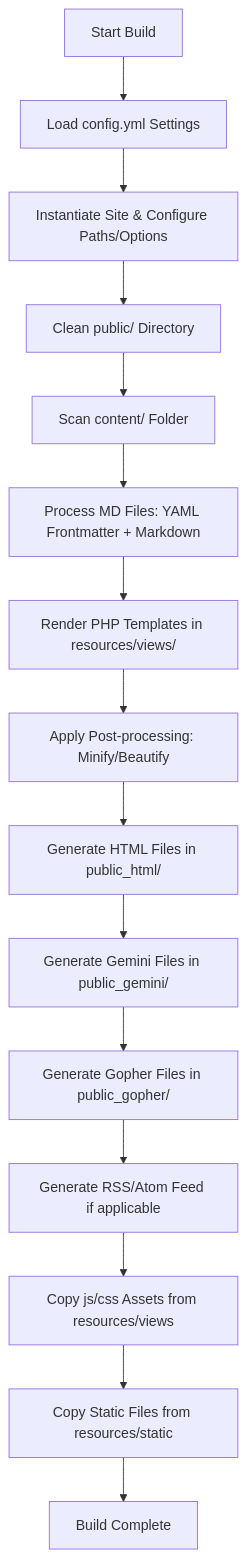
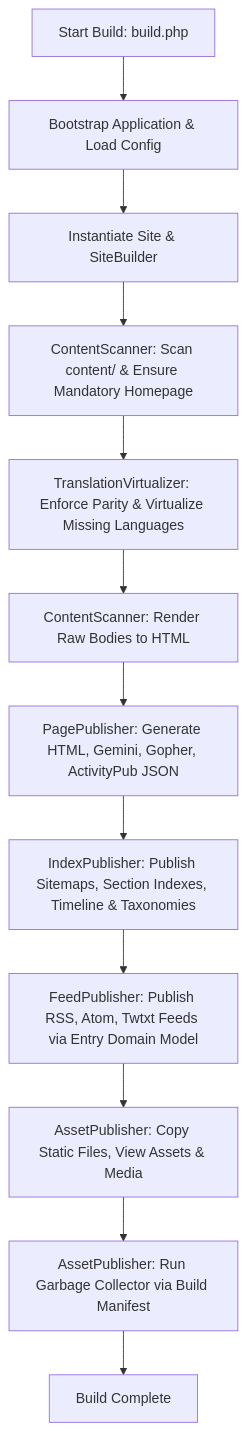
Before and after one commit to indieinabox/indieinabox: the diagram in docs/architecture.md, drawn with Mermaid. The commit also changed other lines of this file and 14 other files, not shown here.

Commit message:
docs: update architecture, core classes, and API specifications for weekend refactorings

````diff
--- a/docs/architecture.md
+++ b/docs/architecture.md
@@ -9,17 +9,14 @@
 ```mermaid
 graph TD
-    A[Start Build] --> B[Load config.yml Settings]
-    B --> C[Instantiate Site & Configure Paths/Options]
-    C --> D[Clean public/ Directory]
-    D --> E[Scan content/ Folder]
-    E --> F[Process MD Files: YAML Frontmatter + Markdown]
-    F --> G[Render PHP Templates in resources/views/]
-    G --> H[Apply Post-processing: Minify/Beautify]
-    H --> I[Generate HTML Files in public_html/]
-    I --> I2[Generate Gemini Files in public_gemini/]
-    I2 --> I3[Generate Gopher Files in public_gopher/]
-    I3 --> J[Generate RSS/Atom Feed if applicable]
-    J --> K[Copy js/css Assets from resources/views]
-    K --> L[Copy Static Files from resources/static]
-    L --> M[Build Complete]
+    A[Start Build: build.php] --> B[Bootstrap Application & Load Config]
+    B --> C[Instantiate Site & SiteBuilder]
+    C --> D[ContentScanner: Scan content/ & Ensure Mandatory Homepage]
+    D --> E[TranslationVirtualizer: Enforce Parity & Virtualize Missing Languages]
+    E --> F[ContentScanner: Render Raw Bodies to HTML]
+    F --> G[PagePublisher: Generate HTML, Gemini, Gopher, ActivityPub JSON]
+    G --> H[IndexPublisher: Publish Sitemaps, Section Indexes, Timeline & Taxonomies]
+    H --> I[FeedPublisher: Publish RSS, Atom, Twtxt Feeds via Entry Domain Model]
+    I --> J[AssetPublisher: Copy Static Files, View Assets & Media]
+    J --> K[AssetPublisher: Run Garbage Collector via Build Manifest]
+    K --> L[Build Complete]
 ```
````
